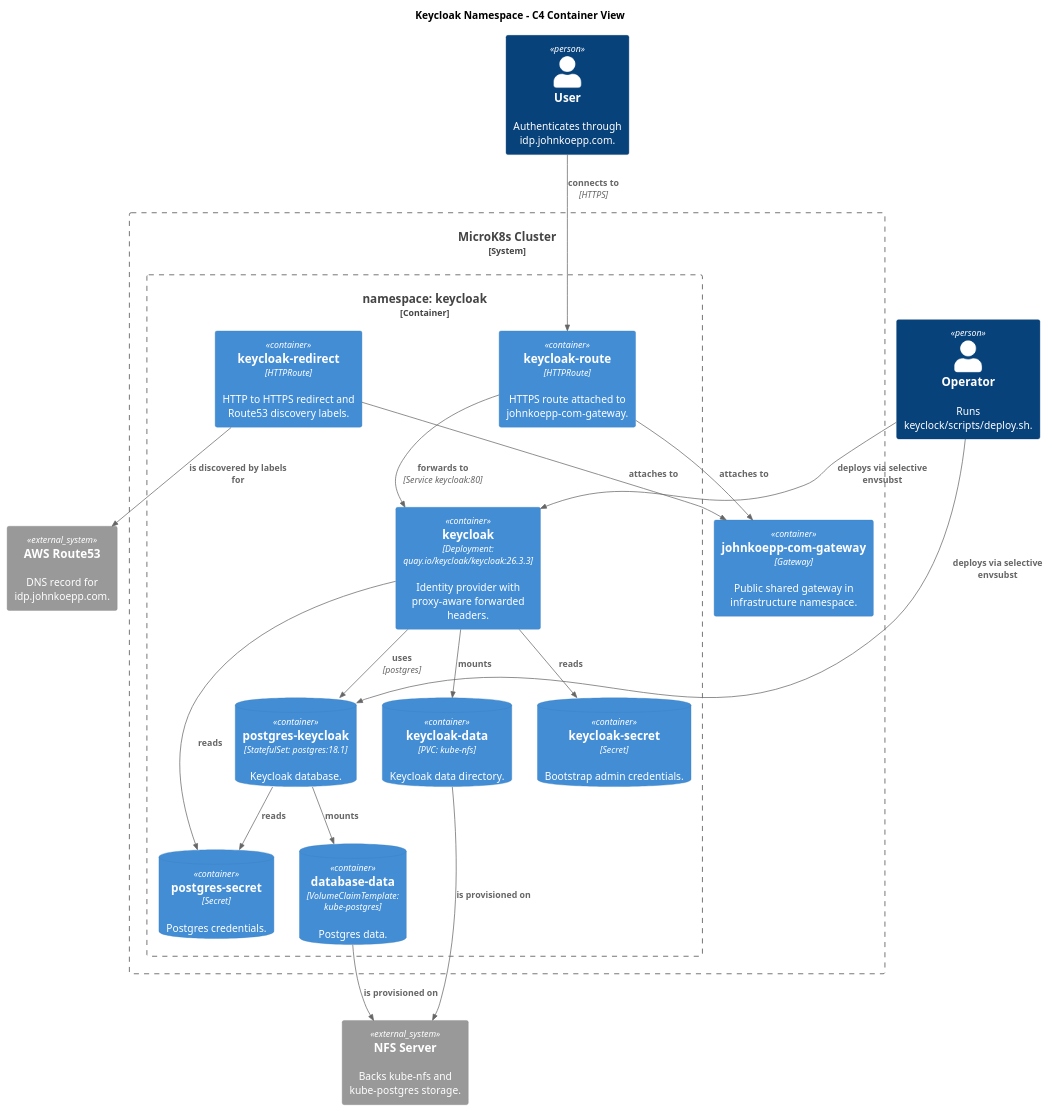
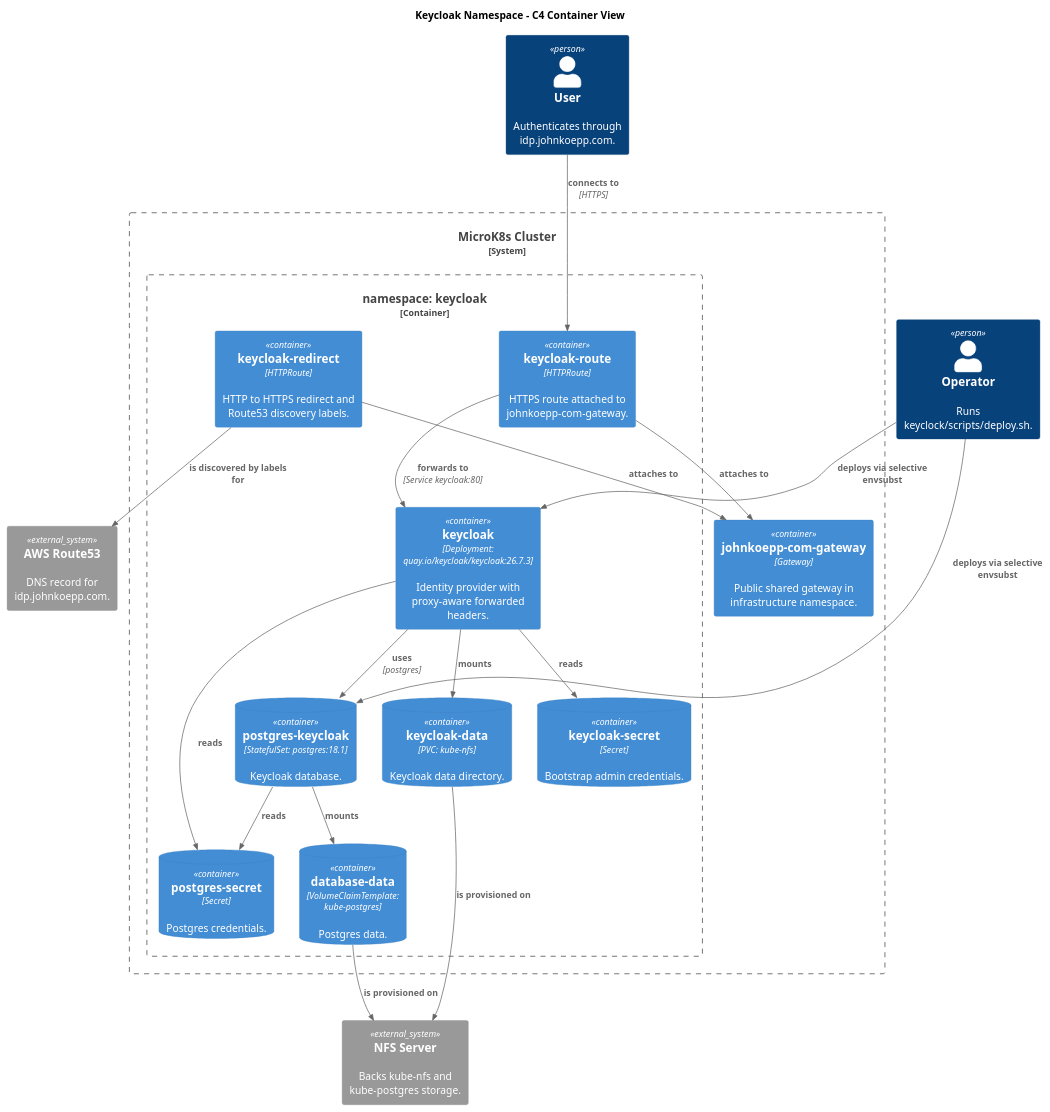
The diagram in docs/c4/keycloak.puml (koeppj/kubernetes-sandbox), drawn with PlantUML before and after one commit. The commit also changed 11 other files, not shown here.

```diff
--- a/docs/c4/keycloak.puml
+++ b/docs/c4/keycloak.puml
@@ -1,43 +1,43 @@
 @startuml keycloak
 !includeurl https://raw.githubusercontent.com/plantuml-stdlib/C4-PlantUML/master/C4_Container.puml
 
 title Keycloak Namespace - C4 Container View
 
 Person(user, "User", "Authenticates through idp.johnkoepp.com.")
 Person(operator, "Operator", "Runs keyclock/scripts/deploy.sh.")
 
 System_Boundary(cluster, "MicroK8s Cluster") {
   Container_Boundary(ns, "namespace: keycloak") {
     Container(routeHttps, "keycloak-route", "HTTPRoute", "HTTPS route attached to johnkoepp-com-gateway.")
     Container(routeRedirect, "keycloak-redirect", "HTTPRoute", "HTTP to HTTPS redirect and Route53 discovery labels.")
-    Container(keycloak, "keycloak", "Deployment: quay.io/keycloak/keycloak:26.3.3", "Identity provider with proxy-aware forwarded headers.")
+    Container(keycloak, "keycloak", "Deployment: quay.io/keycloak/keycloak:26.7.3", "Identity provider with proxy-aware forwarded headers.")
     ContainerDb(pg, "postgres-keycloak", "StatefulSet: postgres:18.1", "Keycloak database.")
     ContainerDb(keycloakSecret, "keycloak-secret", "Secret", "Bootstrap admin credentials.")
     ContainerDb(pgSecret, "postgres-secret", "Secret", "Postgres credentials.")
     ContainerDb(keycloakPvc, "keycloak-data", "PVC: kube-nfs", "Keycloak data directory.")
     ContainerDb(pgPvc, "database-data", "VolumeClaimTemplate: kube-postgres", "Postgres data.")
   }
 
   Container(publicGateway, "johnkoepp-com-gateway", "Gateway", "Public shared gateway in infrastructure namespace.")
 }
 
 System_Ext(route53, "AWS Route53", "DNS record for idp.johnkoepp.com.")
 System_Ext(nfs, "NFS Server", "Backs kube-nfs and kube-postgres storage.")
 
 Rel(user, routeHttps, "connects to", "HTTPS")
 Rel(routeHttps, publicGateway, "attaches to")
 Rel(routeRedirect, publicGateway, "attaches to")
 Rel(routeRedirect, route53, "is discovered by labels for")
 Rel(routeHttps, keycloak, "forwards to", "Service keycloak:80")
 Rel(keycloak, pg, "uses", "postgres")
 Rel(keycloak, keycloakSecret, "reads")
 Rel(keycloak, pgSecret, "reads")
 Rel(keycloak, keycloakPvc, "mounts")
 Rel(pg, pgSecret, "reads")
 Rel(pg, pgPvc, "mounts")
 Rel(keycloakPvc, nfs, "is provisioned on")
 Rel(pgPvc, nfs, "is provisioned on")
 Rel(operator, keycloak, "deploys via selective envsubst")
 Rel(operator, pg, "deploys via selective envsubst")
 
 @enduml
```
